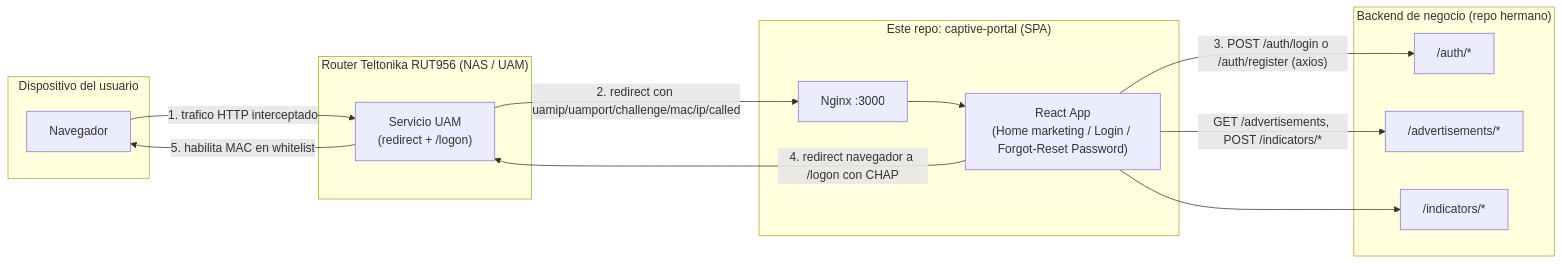
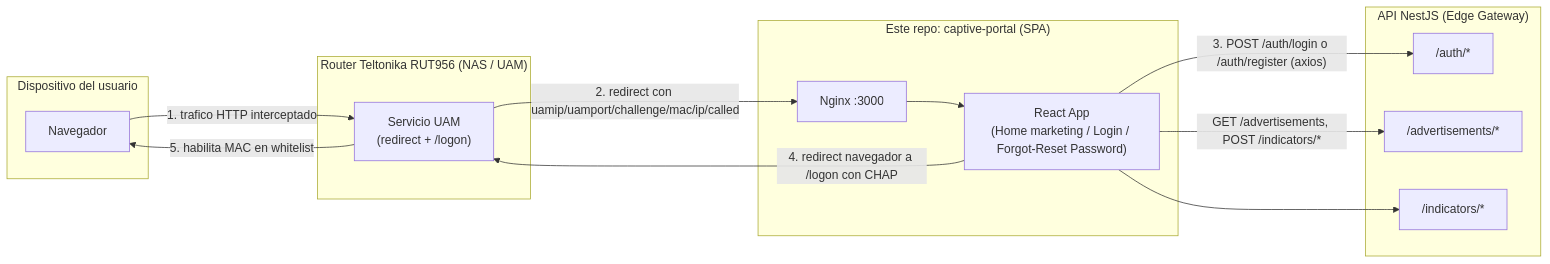
One commit to GastMolina267/pti-captive-portal changed the first of 2 diagrams in docs/02-technical/01-arquitectura.md. Above: the diagram before and after it, drawn with Mermaid. The commit also changed other lines of this file and 53 other files, not shown here.

````diff
--- a/docs/02-technical/01-arquitectura.md
+++ b/docs/02-technical/01-arquitectura.md
@@ -9,30 +9,30 @@
 ```mermaid
 flowchart LR
     subgraph Cliente["Dispositivo del usuario"]
         Browser["Navegador"]
     end
 
     subgraph NAS["Router Teltonika RUT956 (NAS / UAM)"]
         Uam["Servicio UAM\n(redirect + /logon)"]
     end
 
     subgraph Frontend["Este repo: captive-portal (SPA)"]
         Nginx["Nginx :3000"]
         SPA["React App\n(Home marketing / Login / Forgot-Reset Password)"]
     end
 
-    subgraph Backend["Backend de negocio (repo hermano)"]
+    subgraph Backend["API NestJS (Edge Gateway)"]
         Auth["/auth/*"]
         Ads["/advertisements/*"]
         Ind["/indicators/*"]
     end
 
     Browser -- "1. trafico HTTP interceptado" --> Uam
     Uam -- "2. redirect con uamip/uamport/challenge/mac/ip/called" --> Nginx
     Nginx --> SPA
     SPA -- "3. POST /auth/login o /auth/register (axios)" --> Auth
     SPA -- "4. redirect navegador a /logon con CHAP" --> Uam
     Uam -- "5. habilita MAC en whitelist" --> Browser
     SPA -- "GET /advertisements, POST /indicators/*" --> Ads
     SPA --> Ind
 ```
````
